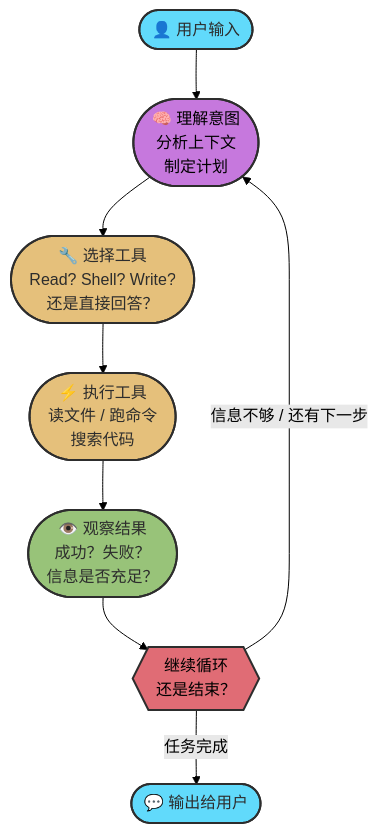
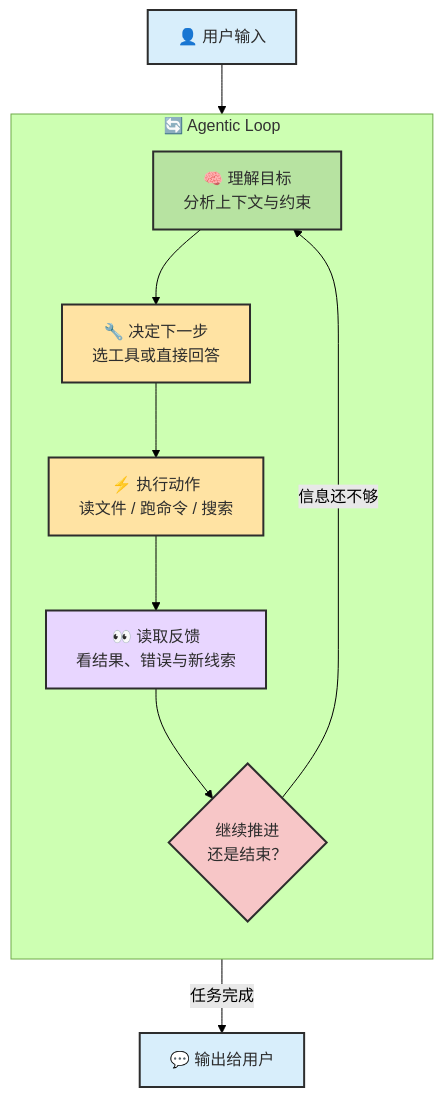
One commit to zht043/AgenticCodingTutorial changed the first of 7 diagrams in docs/chapters/ch05-agent-mechanics.md. Above: the diagram before and after it, drawn with Mermaid (forest theme). The commit also changed other lines of this file and 69 other files, not shown here.

Commit message:
optimize docs and add mermaid validation

````diff
--- a/docs/chapters/ch05-agent-mechanics.md
+++ b/docs/chapters/ch05-agent-mechanics.md
@@ -25,21 +29,27 @@
 ```mermaid
 flowchart TB
-    classDef input fill:#61dafb,stroke:#2d2d2d,stroke-width:2px,color:#2d2d2d
-    classDef think fill:#c678dd,stroke:#2d2d2d,stroke-width:2px
-    classDef act fill:#e5c07b,stroke:#2d2d2d,stroke-width:2px,color:#2d2d2d
-    classDef observe fill:#98c379,stroke:#2d2d2d,stroke-width:2px,color:#2d2d2d
-    classDef decide fill:#e06c75,stroke:#2d2d2d,stroke-width:2px
-    classDef output fill:#61dafb,stroke:#2d2d2d,stroke-width:2px,color:#2d2d2d
+    classDef input fill:#d8eefb,stroke:#2d2d2d,stroke-width:2px,color:#2d2d2d
+    classDef think fill:#b7e3a1,stroke:#2d2d2d,stroke-width:2px,color:#2d2d2d
+    classDef act fill:#ffe3a3,stroke:#2d2d2d,stroke-width:2px,color:#2d2d2d
+    classDef observe fill:#e8d6ff,stroke:#2d2d2d,stroke-width:2px,color:#2d2d2d
+    classDef decide fill:#f7c6c7,stroke:#2d2d2d,stroke-width:2px,color:#2d2d2d
+    classDef output fill:#d8eefb,stroke:#2d2d2d,stroke-width:2px,color:#2d2d2d
 
-    Input(["👤 用户输入"]):::input
-    Think(["🧠 理解意图<br/>分析上下文<br/>制定计划"]):::think
-    Select(["🔧 选择工具<br/>Read? Shell? Write?<br/>还是直接回答？"]):::act
-    Execute(["⚡ 执行工具<br/>读文件 / 跑命令<br/>搜索代码"]):::act
-    Observe(["👁️ 观察结果<br/>成功？失败？<br/>信息是否充足？"]):::observe
-    Decide{{"继续循环<br/>还是结束？"}}:::decide
-    Output(["💬 输出给用户"]):::output
+    Input["👤 用户输入"]:::input
 
-    Input --> Think --> Select --> Execute --> Observe --> Decide
-    Decide -->|"信息不够 / 还有下一步"| Think
+    subgraph Loop["🔄 Agentic Loop"]
+        direction TB
+        Think["🧠 理解目标<br/>分析上下文与约束"]:::think
+        Select["🔧 决定下一步<br/>选工具或直接回答"]:::act
+        Execute["⚡ 执行动作<br/>读文件 / 跑命令 / 搜索"]:::act
+        Observe["👀 读取反馈<br/>看结果、错误与新线索"]:::observe
+        Decide{"继续推进<br/>还是结束？"}:::decide
+    end
+
+    Output["💬 输出给用户"]:::output
+
+    Input --> Think
+    Think --> Select --> Execute --> Observe --> Decide
+    Decide -->|"信息还不够"| Think
     Decide -->|"任务完成"| Output
 ```
````
